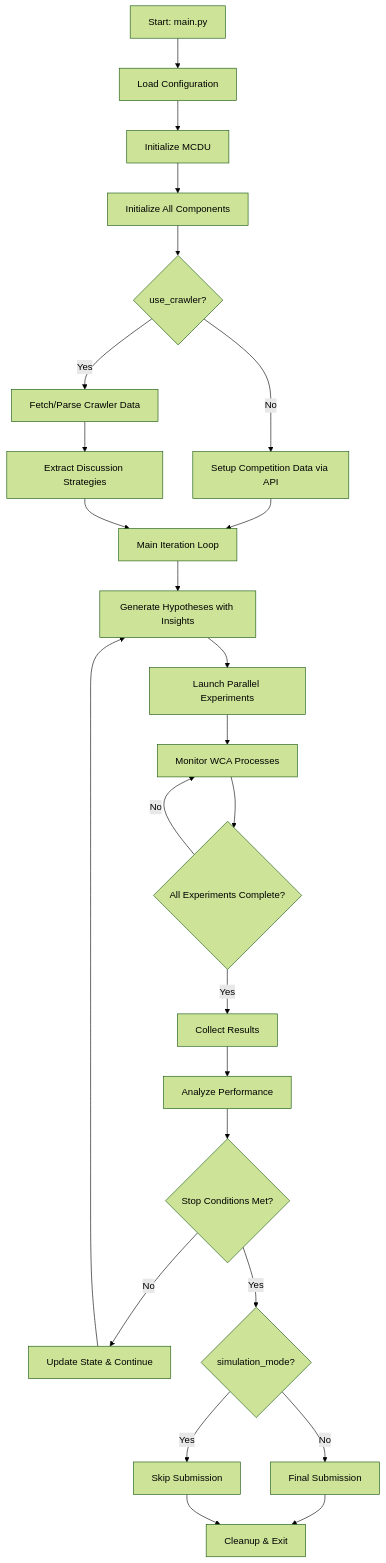
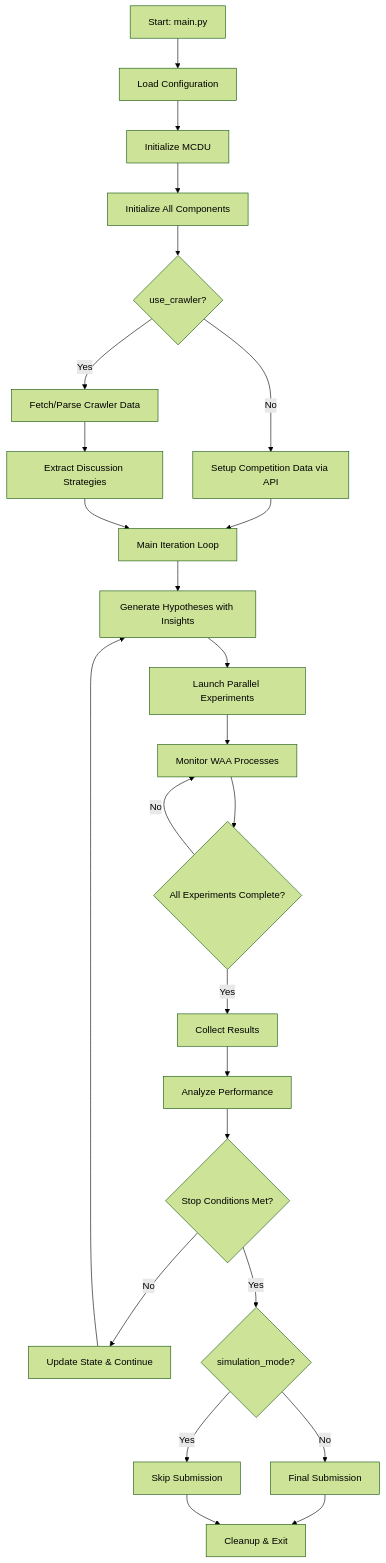
One commit to harutasti/kaggle_automation changed the first of 14 diagrams in docs/architecture/DETAILED_FLOW.md. Above: the diagram before and after it, drawn with Mermaid (forest theme). The commit also changed other lines of this file and 27 other files, not shown here.

````diff
--- a/docs/architecture/DETAILED_FLOW.md
+++ b/docs/architecture/DETAILED_FLOW.md
@@ -7,28 +7,28 @@
 ```mermaid
 graph TD
     A[Start: main.py] --> B[Load Configuration]
     B --> C[Initialize MCDU]
     C --> D[Initialize All Components]
     D --> E{use_crawler?}
     E -->|Yes| F[Fetch/Parse Crawler Data]
     E -->|No| G[Setup Competition Data via API]
     F --> H[Extract Discussion Strategies]
     G --> I[Main Iteration Loop]
     H --> I
     
     I --> J[Generate Hypotheses with Insights]
     J --> K[Launch Parallel Experiments]
-    K --> L[Monitor WCA Processes]
+    K --> L[Monitor WAA Processes]
     L --> M{All Experiments Complete?}
     M -->|No| L
     M -->|Yes| N[Collect Results]
     N --> O[Analyze Performance]
     O --> P{Stop Conditions Met?}
     P -->|No| Q[Update State & Continue]
     Q --> J
     P -->|Yes| R{simulation_mode?}
     R -->|No| S[Final Submission]
     R -->|Yes| T[Skip Submission]
     S --> U[Cleanup & Exit]
     T --> U
 ```
````
